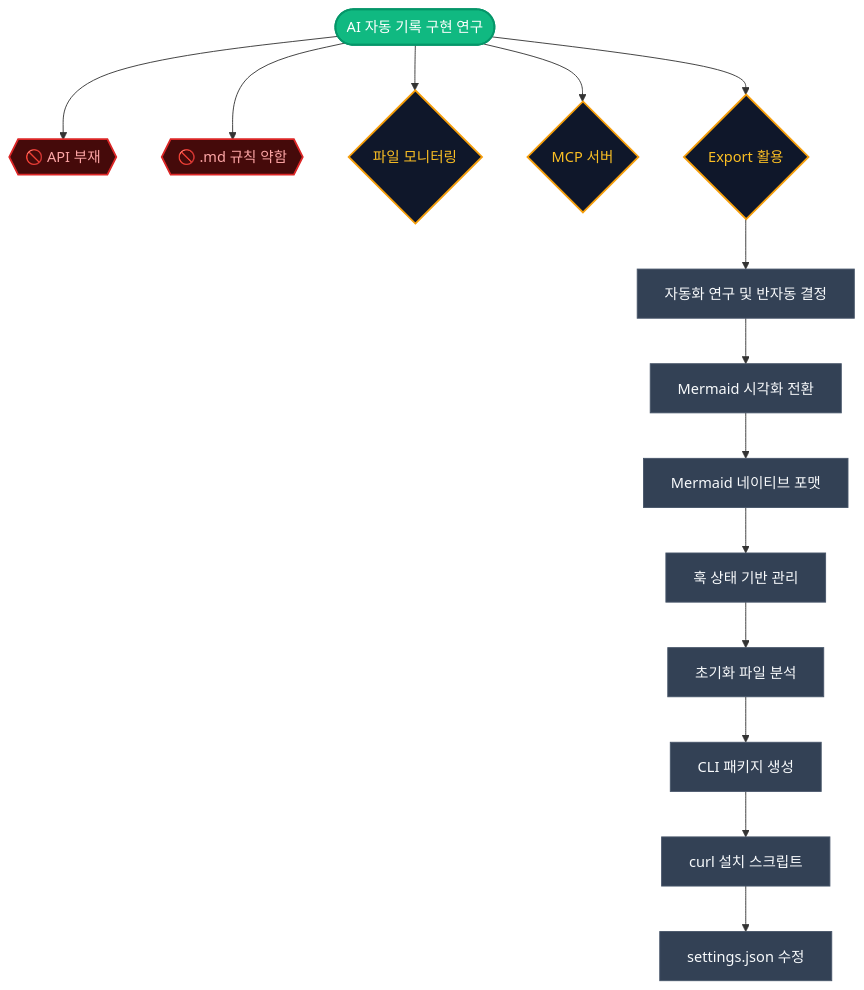
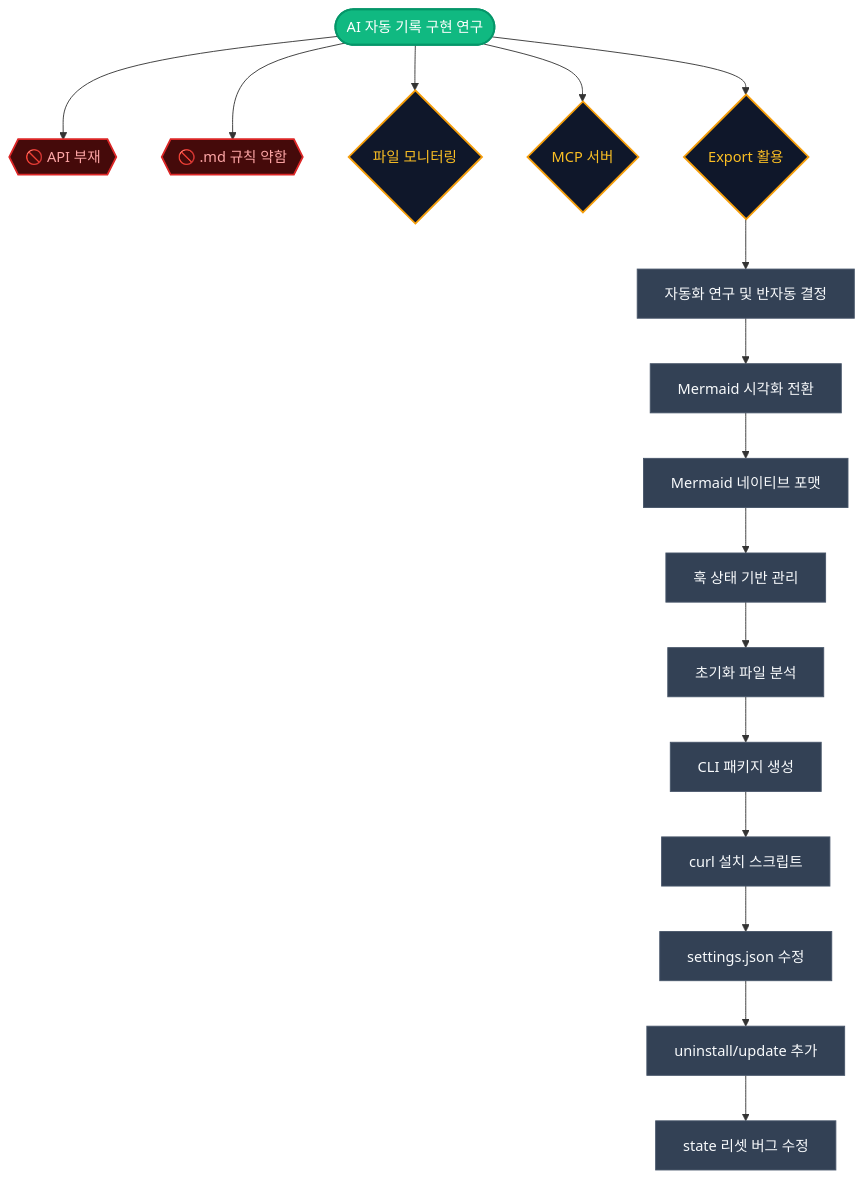
The diagram in trajectory.mmd (NamHyeongKeol/viz-vibe), drawn with Mermaid before and after one commit.

Commit message:
docs: Update trajectory with state reset bug fix
🤖 Generated with [Claude Code](https://claude.com/claude-code)

```diff
--- a/trajectory.mmd
+++ b/trajectory.mmd
@@ -1,71 +1,81 @@
 flowchart TD
     %% @node_research_start [start]: AI가 바이브코딩 중 작업 내역을 자동으로 trajectory에 기록하도록 만드는 방법 탐색
     node_research_start(["AI 자동 기록 구현 연구"])
 
     %% @node_deadend_no_hook [blocker]: Antigravity가 대화 턴 시작/종료 Hook이나 대화록 접근 API를 제공하지 않음
     node_deadend_no_hook{{"🚫 API 부재"}}
 
     %% @node_deadend_md_weak [blocker]: .agent/rules/vizvibe.md에 규칙 설정했으나 AI가 자동 적용하지 않음
     node_deadend_md_weak{{"🚫 .md 규칙 약함"}}
 
     %% @node_approach_file_monitor [condition]: 대화록 파일 변경 감지 후 유저에게 알림
     node_approach_file_monitor{"파일 모니터링"}
 
     %% @node_approach_mcp_server [condition]: MCP 서버로 update_trajectory 도구 제공
     node_approach_mcp_server{"MCP 서버"}
 
     %% @node_approach_export [condition]: Antigravity 대화록 export 기능 활용
     node_approach_export{"Export 활용"}
 
     %% @node_automation_research [ai-task]: AI 자동 기록 자동화 불가 확인, 반자동 방식으로 전환
     node_automation_research["자동화 연구 및 반자동 결정"]
 
     %% @node_mermaid_migration [ai-task]: VizFlowEditorProvider를 Mermaid.js 기반으로 전환
     node_mermaid_migration["Mermaid 시각화 전환"]
 
     %% @node_mermaid_native [ai-task]: JSON에서 Mermaid 네이티브 포맷으로 완전 전환
     node_mermaid_native["Mermaid 네이티브 포맷"]
 
     %% @node_hook_state [ai-task]: 훅 중복 방지를 키워드에서 state.json 기반으로 변경
     node_hook_state["훅 상태 기반 관리"]
 
     %% @node_init_analysis [ai-task]: 사용자 프로젝트 초기화 시 필요한 파일 분석
     node_init_analysis["초기화 파일 분석"]
 
     %% @node_cli_package [ai-task]: Claude Code 사용자를 위한 npx @viz-vibe/cli init 패키지 생성
     node_cli_package["CLI 패키지 생성"]
 
     %% @node_curl_install [ai-task]: curl install.sh 스크립트 생성 및 README Getting Started 추가
     node_curl_install["curl 설치 스크립트"]
 
     %% @node_fix_settings [ai-task]: hooks.json을 settings.json으로 수정 (Claude Code 훅 인식 문제 해결)
     node_fix_settings["settings.json 수정"]
 
+    %% @node_cli_commands [ai-task]: uninstall, update 명령어 추가 (curl + CLI)
+    node_cli_commands["uninstall/update 추가"]
+
+    %% @node_state_fix [ai-task]: stop_hook_active 시 state idle 리셋 버그 수정
+    node_state_fix["state 리셋 버그 수정"]
+
     node_research_start --> node_deadend_no_hook
     node_research_start --> node_deadend_md_weak
     node_research_start --> node_approach_file_monitor
     node_research_start --> node_approach_mcp_server
     node_research_start --> node_approach_export
     node_approach_export --> node_automation_research
     node_automation_research --> node_mermaid_migration
     node_mermaid_migration --> node_mermaid_native
     node_mermaid_native --> node_hook_state
     node_hook_state --> node_init_analysis
     node_init_analysis --> node_cli_package
     node_cli_package --> node_curl_install
     node_curl_install --> node_fix_settings
+    node_fix_settings --> node_cli_commands
+    node_cli_commands --> node_state_fix
 
     style node_research_start fill:#10b981,stroke:#059669,color:#fff,stroke-width:2px
     style node_deadend_no_hook fill:#450a0a,stroke:#dc2626,color:#fca5a5,stroke-width:2px
     style node_deadend_md_weak fill:#450a0a,stroke:#dc2626,color:#fca5a5,stroke-width:2px
     style node_approach_file_monitor fill:#0f172a,stroke:#f59e0b,color:#fbbf24,stroke-width:2px
     style node_approach_mcp_server fill:#0f172a,stroke:#f59e0b,color:#fbbf24,stroke-width:2px
     style node_approach_export fill:#0f172a,stroke:#f59e0b,color:#fbbf24,stroke-width:2px
     style node_automation_research fill:#334155,stroke:#475569,color:#f8fafc,stroke-width:1px
     style node_mermaid_migration fill:#334155,stroke:#475569,color:#f8fafc,stroke-width:1px
     style node_mermaid_native fill:#334155,stroke:#475569,color:#f8fafc,stroke-width:1px
     style node_hook_state fill:#334155,stroke:#475569,color:#f8fafc,stroke-width:1px
     style node_init_analysis fill:#334155,stroke:#475569,color:#f8fafc,stroke-width:1px
     style node_cli_package fill:#334155,stroke:#475569,color:#f8fafc,stroke-width:1px
     style node_curl_install fill:#334155,stroke:#475569,color:#f8fafc,stroke-width:1px
     style node_fix_settings fill:#334155,stroke:#475569,color:#f8fafc,stroke-width:1px
+    style node_cli_commands fill:#334155,stroke:#475569,color:#f8fafc,stroke-width:1px
+    style node_state_fix fill:#334155,stroke:#475569,color:#f8fafc,stroke-width:1px
```
